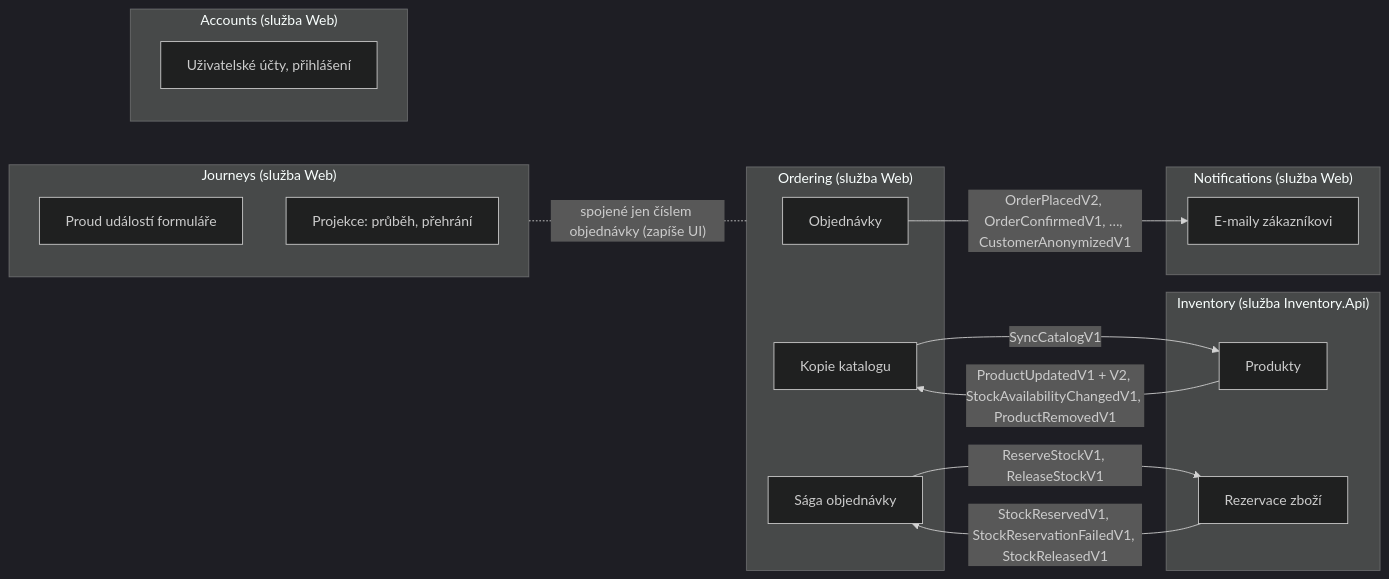
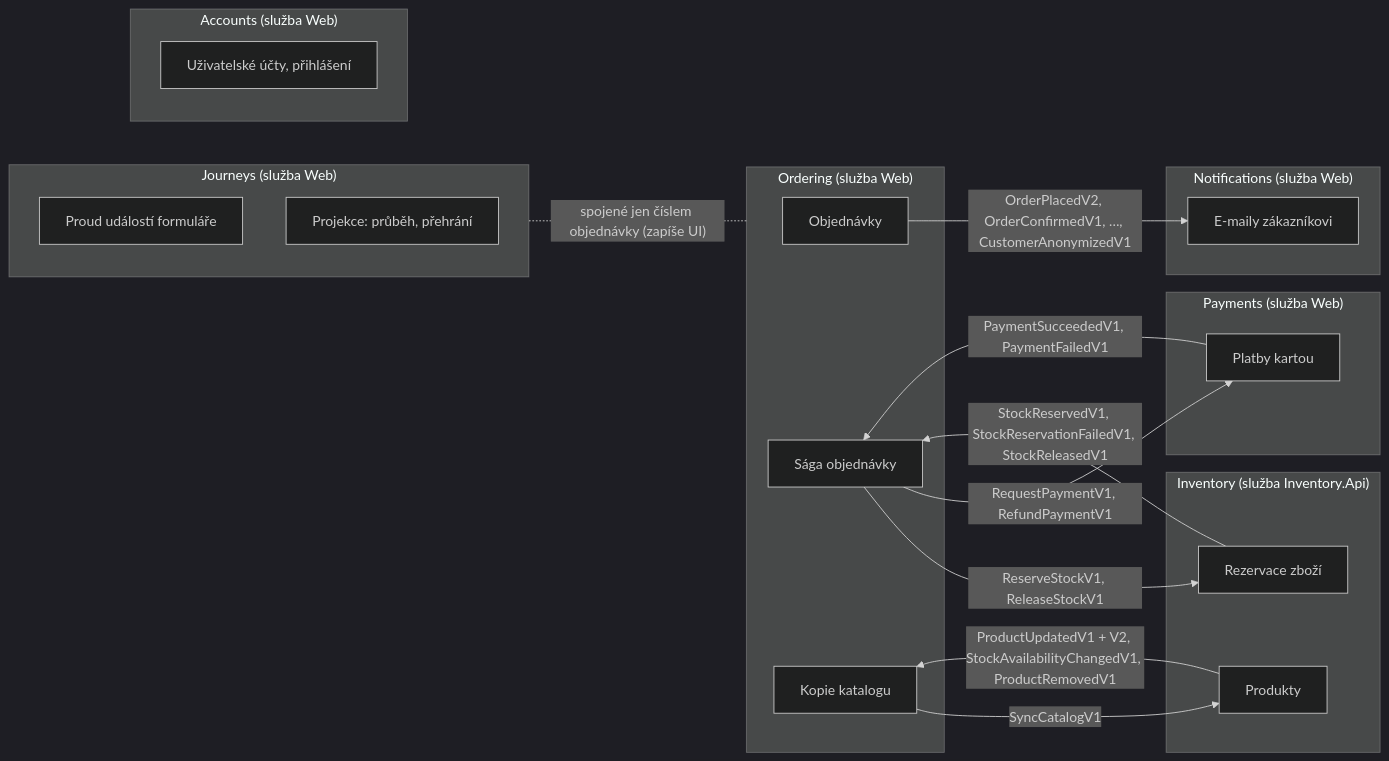
Before and after one commit to ftichy/MiniShop: the diagram in docs/prirucka/architektura/moduly/index.md, drawn with Mermaid (dark theme). The commit also changed other lines of this file and 88 other files, not shown here.

````diff
--- a/docs/prirucka/architektura/moduly/index.md
+++ b/docs/prirucka/architektura/moduly/index.md
@@ -12,40 +12,46 @@
 ```mermaid
 flowchart LR
     subgraph ord["Ordering (služba Web)"]
         o1[Objednávky]
         o2[Sága objednávky]
         o3[Kopie katalogu]
     end
     subgraph inv["Inventory (služba Inventory.Api)"]
         i1[Produkty]
         i2[Rezervace zboží]
     end
     subgraph jou["Journeys (služba Web)"]
         j1[Proud událostí formuláře]
         j2[Projekce: průběh, přehrání]
     end
 
     o2 -->|"ReserveStockV1, ReleaseStockV1"| i2
     i2 -->|"StockReservedV1, StockReservationFailedV1, StockReleasedV1"| o2
     i1 -->|"ProductUpdatedV1 + V2, StockAvailabilityChangedV1, ProductRemovedV1"| o3
     o3 -->|SyncCatalogV1| i1
     subgraph acc["Accounts (služba Web)"]
         a1[Uživatelské účty, přihlášení]
     end
     subgraph ntf["Notifications (služba Web)"]
         n1[E-maily zákazníkovi]
     end
+    subgraph pay["Payments (služba Web)"]
+        p1[Platby kartou]
+    end
+    o2 -->|"RequestPaymentV1, RefundPaymentV1"| p1
+    p1 -->|"PaymentSucceededV1, PaymentFailedV1"| o2
     o1 -->|"OrderPlacedV2, OrderConfirmedV1, …, CustomerAnonymizedV1"| n1
 
     jou -.-|"spojené jen číslem objednávky (zapíše UI)"| ord
 
     click o2 "/Docs/eda/saga"
     click o3 "/Docs/eda/kopie-katalogu"
     click j1 "/Docs/eda/proud-udalosti"
     click o1 "/Docs/architektura/moduly/ordering"
     click i1 "/Docs/architektura/moduly/inventory"
     click i2 "/Docs/architektura/moduly/inventory"
     click j2 "/Docs/architektura/moduly/journeys"
     click a1 "/Docs/architektura/moduly/accounts"
     click n1 "/Docs/architektura/moduly/notifications"
+    click p1 "/Docs/architektura/moduly/payments"
 ```
````
